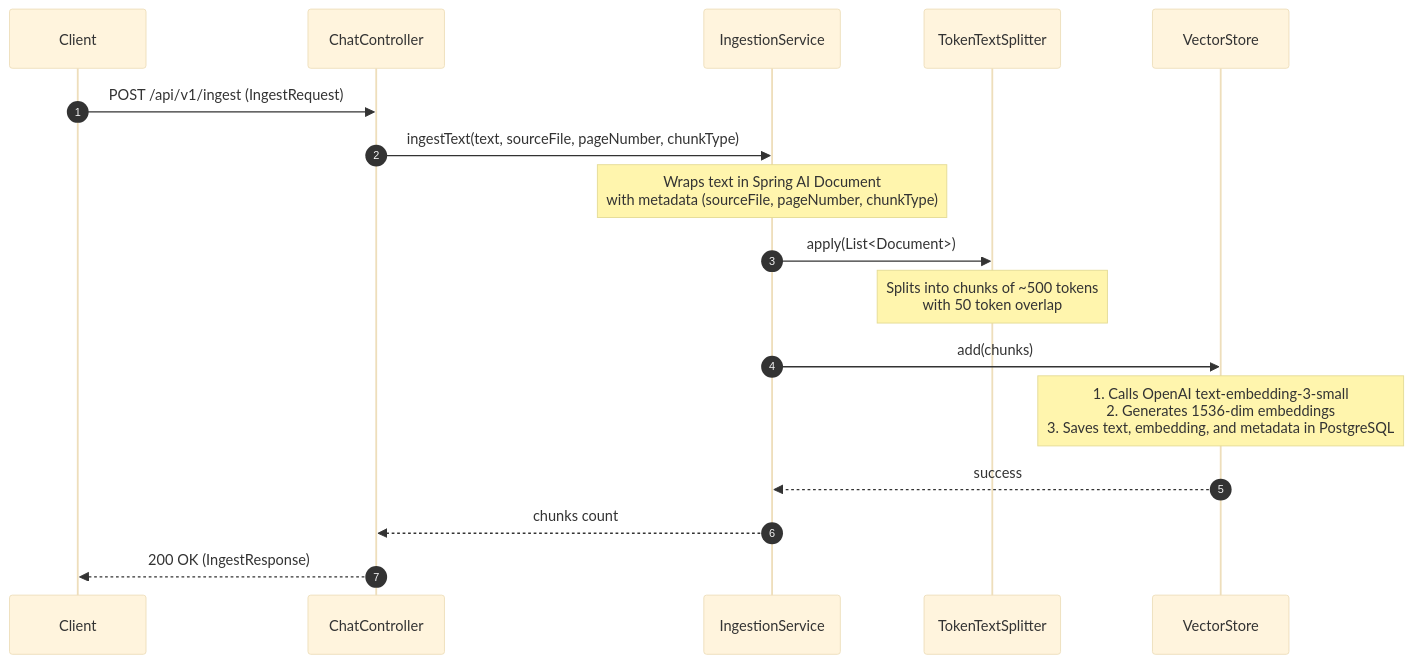
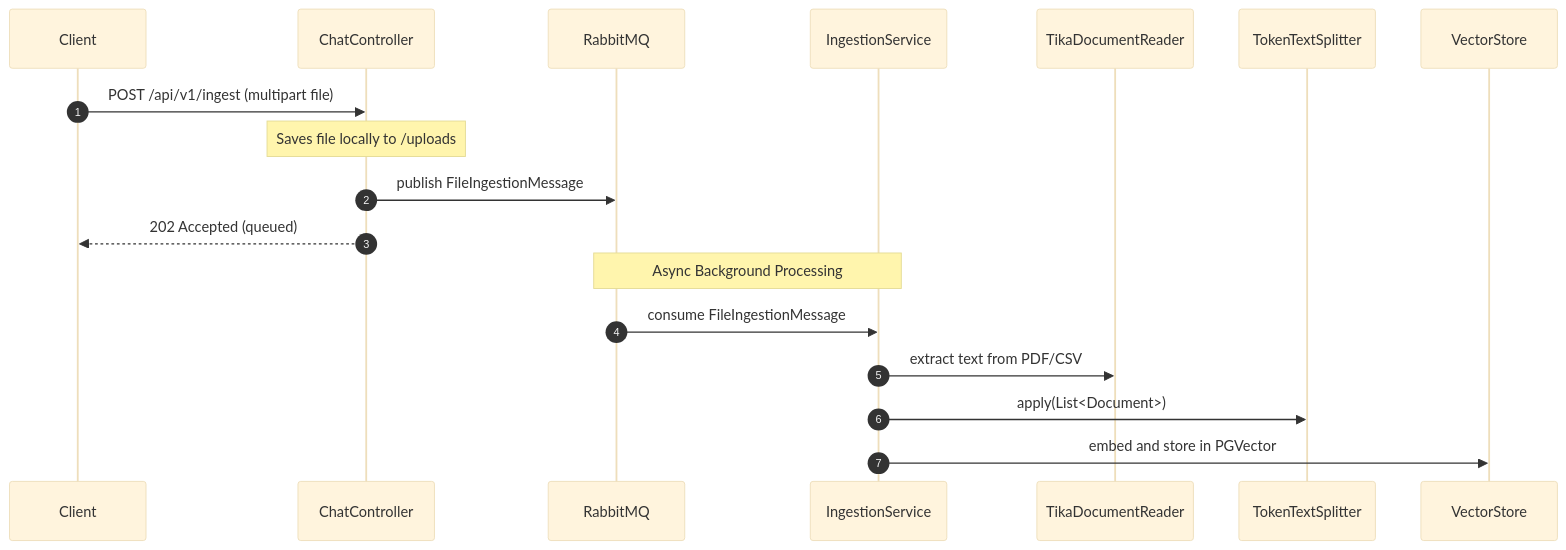
One commit to Adarsh9497/finpulse-ai changed the first of 2 diagrams in agent.md. Above: the diagram before and after it, drawn with Mermaid (base theme). The commit also changed other lines of this file, not shown here.

Commit message:
docs: update agent architecture to reflect RabbitMQ-based asynchronous ingestion and Tika document parsing

````diff
--- a/agent.md
+++ b/agent.md
@@ -89,14 +67,13 @@
 ```mermaid
 sequenceDiagram
     autonumber
-    Client->>ChatController: POST /api/v1/ingest (IngestRequest)
-    ChatController->>IngestionService: ingestText(text, sourceFile, pageNumber, chunkType)
-    Note over IngestionService: Wraps text in Spring AI Document<br/>with metadata (sourceFile, pageNumber, chunkType)
+    Client->>ChatController: POST /api/v1/ingest (multipart file)
+    Note over ChatController: Saves file locally to /uploads
+    ChatController->>RabbitMQ: publish FileIngestionMessage
+    ChatController-->>Client: 202 Accepted (queued)
+    Note over RabbitMQ,IngestionService: Async Background Processing
+    RabbitMQ->>IngestionService: consume FileIngestionMessage
+    IngestionService->>TikaDocumentReader: extract text from PDF/CSV
     IngestionService->>TokenTextSplitter: apply(List<Document>)
-    Note over TokenTextSplitter: Splits into chunks of ~500 tokens<br/>with 50 token overlap
-    IngestionService->>VectorStore: add(chunks)
-    Note over VectorStore: 1. Calls OpenAI text-embedding-3-small<br/>2. Generates 1536-dim embeddings<br/>3. Saves text, embedding, and metadata in PostgreSQL
-    VectorStore-->>IngestionService: success
-    IngestionService-->>ChatController: chunks count
-    ChatController-->>Client: 200 OK (IngestResponse)
+    IngestionService->>VectorStore: embed and store in PGVector
 ```
````
